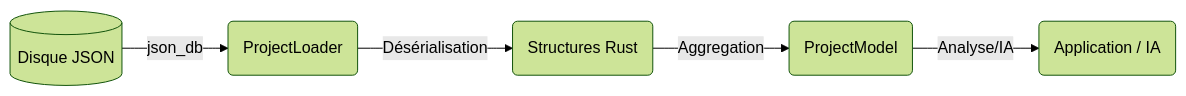
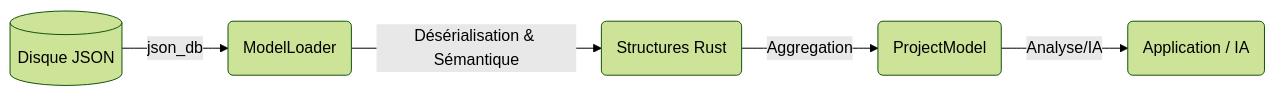
The diagram in src-tauri/src/model_engine/model_engine.md (zairBezghiche/raise), drawn with Mermaid (forest theme) before and after one commit. The commit also changed other lines of this file and 29 other files, not shown here.

Commit message:
Json-ld & model_engine updated

````diff
--- a/src-tauri/src/model_engine/model_engine.md
+++ b/src-tauri/src/model_engine/model_engine.md
@@ -13,7 +13,7 @@
 ```mermaid
 graph LR
-    Disk[(Disque JSON)] -->|json_db| Loader(ProjectLoader)
-    Loader -->|Désérialisation| Structs(Structures Rust)
+    Disk[(Disque JSON)] -->|json_db| Loader(ModelLoader)
+    Loader -->|Désérialisation & Sémantique| Structs(Structures Rust)
     Structs -->|Aggregation| Model(ProjectModel)
     Model -->|Analyse/IA| App(Application / IA)
 ```
````
